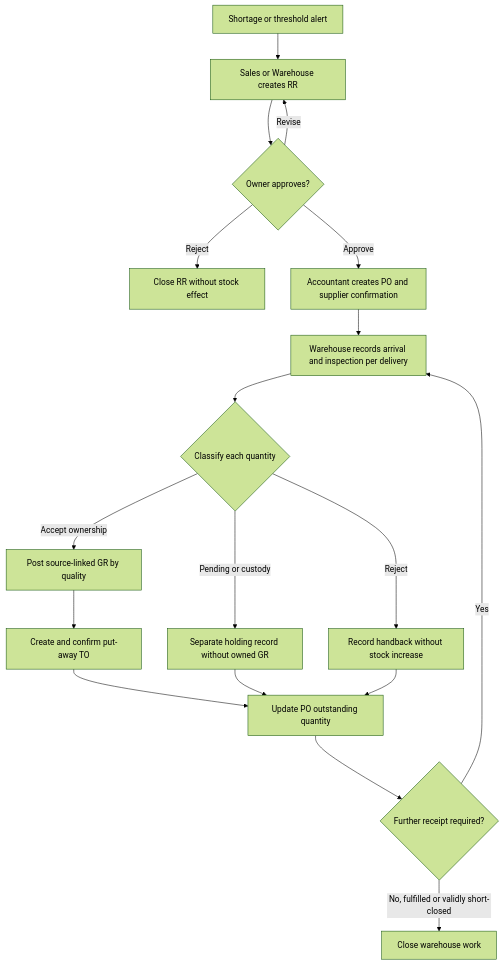
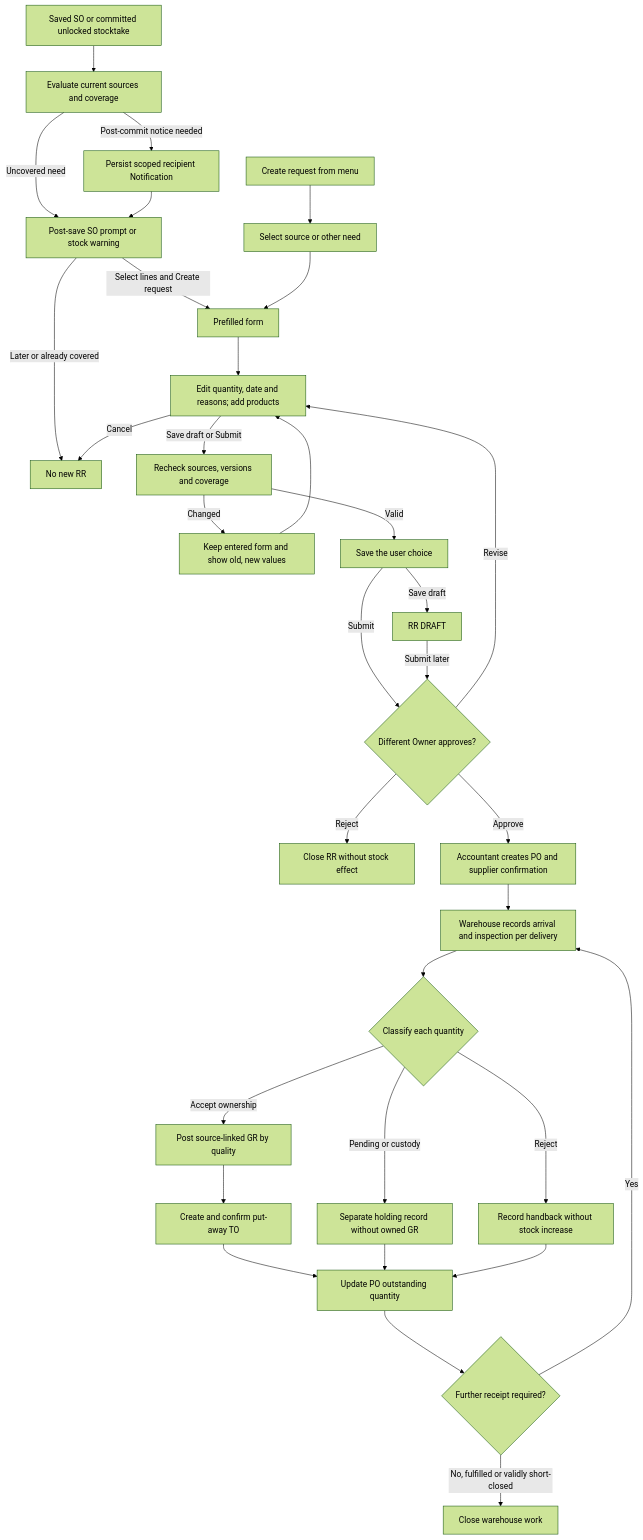
One commit to minhoa2005/building-material-management changed the second of 9 diagrams in git_doc/docs/02_nghiep_vu/de_xuat_quy_trinh_2_EN.md. Above: the diagram before and after it, drawn with Mermaid (forest theme). The commit also changed other lines of this file and 37 other files, not shown here.

````diff
--- a/git_doc/docs/02_nghiep_vu/de_xuat_quy_trinh_2_EN.md
+++ b/git_doc/docs/02_nghiep_vu/de_xuat_quy_trinh_2_EN.md
@@ -673,21 +701,36 @@
 ```mermaid
-%% WMSD business baseline 3.1.0 - synchronized 2026-10-25
+%% WMSD business baseline 3.3.0 - synchronized 2026-10-27
 flowchart TD
- A[Shortage or threshold alert] --> B[Sales or Warehouse creates RR]
- B --> C{Owner approves?}
- C -->|Revise| B
+ A[Saved SO or committed unlocked stocktake] --> EVAL[Evaluate current sources and coverage]
+ EVAL -->|Uncovered need| OPEN[Post-save SO prompt or stock warning]
+ EVAL -->|Post-commit notice needed| NOTICE[Persist scoped recipient Notification]
+ NOTICE --> OPEN
+ OPEN -->|Select lines and Create request| FORM[Prefilled form]
+ OPEN -->|Later or already covered| WAIT[No new RR]
+ MENU[Create request from menu] --> SOURCE[Select source or other need]
+ SOURCE --> FORM
+ FORM --> EDIT[Edit quantity, date and reasons; add products]
+ EDIT -->|Cancel| WAIT
+ EDIT -->|Save draft or Submit| CHECK[Recheck sources, versions and coverage]
+ CHECK -->|Changed| REVIEW[Keep entered form and show old, new values]
+ REVIEW --> EDIT
+ CHECK -->|Valid| B[Save the user choice]
+ B -->|Save draft| DRAFT[RR DRAFT]
+ B -->|Submit| C{Different Owner approves?}
+ DRAFT -->|Submit later| C
+ C -->|Revise| EDIT
  C -->|Reject| Z[Close RR without stock effect]
  C -->|Approve| D[Accountant creates PO and supplier confirmation]
  D --> E[Warehouse records arrival and inspection per delivery]
  E --> F{Classify each quantity}
  F -->|Accept ownership| G[Post source-linked GR by quality]
  F -->|Pending or custody| H[Separate holding record without owned GR]
  F -->|Reject| I[Record handback without stock increase]
  G --> T[Create and confirm put-away TO]
  T --> J[Update PO outstanding quantity]
  H --> J
  I --> J
  J --> K{Further receipt required?}
  K -->|Yes| E
  K -->|No, fulfilled or validly short-closed| L[Close warehouse work]
 ```
````
